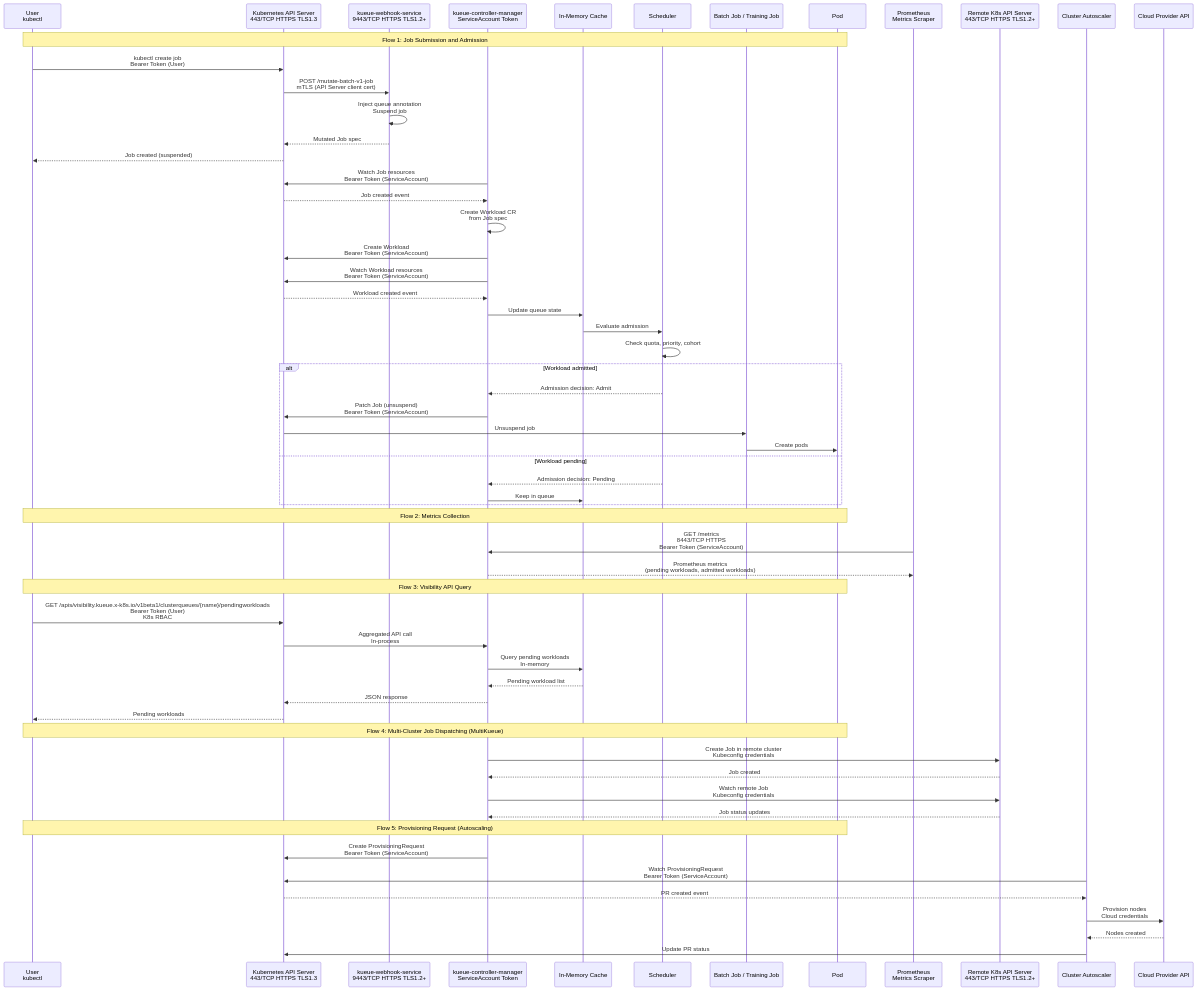
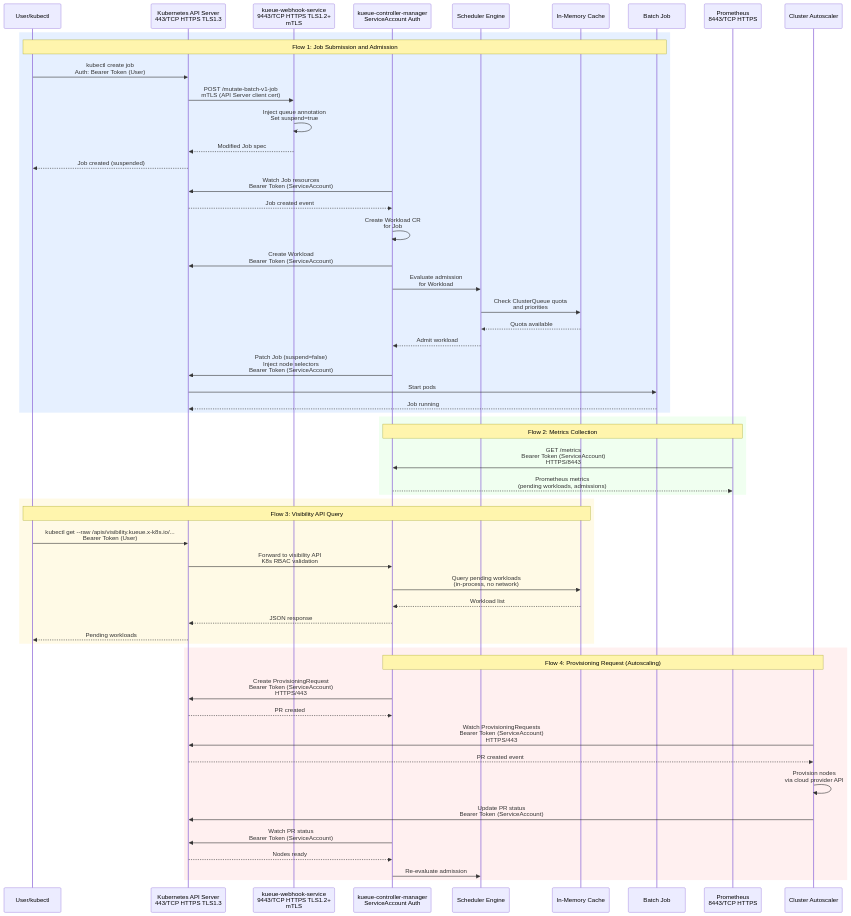
The diagram in architecture/rhoai-2.25.0/diagrams/kueue-dataflow.mmd (rhuss/architecture-context), drawn with Mermaid before and after one commit. The commit also changed 209 other files, not shown here.

```diff
--- a/architecture/rhoai-2.25.0/diagrams/kueue-dataflow.mmd
+++ b/architecture/rhoai-2.25.0/diagrams/kueue-dataflow.mmd
@@ -1,77 +1,66 @@
 sequenceDiagram
-    participant User as User<br/>kubectl
+    participant User as User/kubectl
     participant K8sAPI as Kubernetes API Server<br/>443/TCP HTTPS TLS1.3
-    participant Webhook as kueue-webhook-service<br/>9443/TCP HTTPS TLS1.2+
-    participant Controller as kueue-controller-manager<br/>ServiceAccount Token
+    participant Webhook as kueue-webhook-service<br/>9443/TCP HTTPS TLS1.2+<br/>mTLS
+    participant Controller as kueue-controller-manager<br/>ServiceAccount Auth
+    participant Scheduler as Scheduler Engine
     participant Cache as In-Memory Cache
-    participant Scheduler as Scheduler
-    participant Job as Batch Job / Training Job
-    participant Pod as Pod
+    participant Job as Batch Job
+    participant Prom as Prometheus<br/>8443/TCP HTTPS
+    participant Autoscaler as Cluster Autoscaler
 
-    Note over User,Pod: Flow 1: Job Submission and Admission
+    %% Flow 1: Job Submission and Admission
+    rect rgb(230, 240, 255)
+        Note over User,Job: Flow 1: Job Submission and Admission
+        User->>K8sAPI: kubectl create job<br/>Auth: Bearer Token (User)
+        K8sAPI->>Webhook: POST /mutate-batch-v1-job<br/>mTLS (API Server client cert)
+        Webhook->>Webhook: Inject queue annotation<br/>Set suspend=true
+        Webhook-->>K8sAPI: Modified Job spec
+        K8sAPI-->>User: Job created (suspended)
 
-    User->>K8sAPI: kubectl create job<br/>Bearer Token (User)
-    K8sAPI->>Webhook: POST /mutate-batch-v1-job<br/>mTLS (API Server client cert)
-    Webhook->>Webhook: Inject queue annotation<br/>Suspend job
-    Webhook-->>K8sAPI: Mutated Job spec
-    K8sAPI-->>User: Job created (suspended)
+        Controller->>K8sAPI: Watch Job resources<br/>Bearer Token (ServiceAccount)
+        K8sAPI-->>Controller: Job created event
+        Controller->>Controller: Create Workload CR<br/>for Job
+        Controller->>K8sAPI: Create Workload<br/>Bearer Token (ServiceAccount)
 
-    Controller->>K8sAPI: Watch Job resources<br/>Bearer Token (ServiceAccount)
-    K8sAPI-->>Controller: Job created event
+        Controller->>Scheduler: Evaluate admission<br/>for Workload
+        Scheduler->>Cache: Check ClusterQueue quota<br/>and priorities
+        Cache-->>Scheduler: Quota available
+        Scheduler-->>Controller: Admit workload
 
-    Controller->>Controller: Create Workload CR<br/>from Job spec
-    Controller->>K8sAPI: Create Workload<br/>Bearer Token (ServiceAccount)
-
-    Controller->>K8sAPI: Watch Workload resources<br/>Bearer Token (ServiceAccount)
-    K8sAPI-->>Controller: Workload created event
-
-    Controller->>Cache: Update queue state
-    Cache->>Scheduler: Evaluate admission
-    Scheduler->>Scheduler: Check quota, priority, cohort
-
-    alt Workload admitted
-        Scheduler-->>Controller: Admission decision: Admit
-        Controller->>K8sAPI: Patch Job (unsuspend)<br/>Bearer Token (ServiceAccount)
-        K8sAPI->>Job: Unsuspend job
-        Job->>Pod: Create pods
-    else Workload pending
-        Scheduler-->>Controller: Admission decision: Pending
-        Controller->>Cache: Keep in queue
+        Controller->>K8sAPI: Patch Job (suspend=false)<br/>Inject node selectors<br/>Bearer Token (ServiceAccount)
+        K8sAPI->>Job: Start pods
+        Job-->>K8sAPI: Job running
     end
 
-    Note over User,Pod: Flow 2: Metrics Collection
+    %% Flow 2: Metrics Collection
+    rect rgb(240, 255, 240)
+        Note over Prom,Controller: Flow 2: Metrics Collection
+        Prom->>Controller: GET /metrics<br/>Bearer Token (ServiceAccount)<br/>HTTPS/8443
+        Controller-->>Prom: Prometheus metrics<br/>(pending workloads, admissions)
+    end
 
-    participant Prometheus as Prometheus<br/>Metrics Scraper
+    %% Flow 3: Visibility API Query
+    rect rgb(255, 250, 230)
+        Note over User,Cache: Flow 3: Visibility API Query
+        User->>K8sAPI: kubectl get --raw /apis/visibility.kueue.x-k8s.io/...<br/>Bearer Token (User)
+        K8sAPI->>Controller: Forward to visibility API<br/>K8s RBAC validation
+        Controller->>Cache: Query pending workloads<br/>(in-process, no network)
+        Cache-->>Controller: Workload list
+        Controller-->>K8sAPI: JSON response
+        K8sAPI-->>User: Pending workloads
+    end
 
-    Prometheus->>Controller: GET /metrics<br/>8443/TCP HTTPS<br/>Bearer Token (ServiceAccount)
-    Controller-->>Prometheus: Prometheus metrics<br/>(pending workloads, admitted workloads)
-
-    Note over User,Pod: Flow 3: Visibility API Query
-
-    User->>K8sAPI: GET /apis/visibility.kueue.x-k8s.io/v1beta1/clusterqueues/{name}/pendingworkloads<br/>Bearer Token (User)<br/>K8s RBAC
-    K8sAPI->>Controller: Aggregated API call<br/>In-process
-    Controller->>Cache: Query pending workloads<br/>In-memory
-    Cache-->>Controller: Pending workload list
-    Controller-->>K8sAPI: JSON response
-    K8sAPI-->>User: Pending workloads
-
-    Note over User,Pod: Flow 4: Multi-Cluster Job Dispatching (MultiKueue)
-
-    participant RemoteK8s as Remote K8s API Server<br/>443/TCP HTTPS TLS1.2+
-
-    Controller->>RemoteK8s: Create Job in remote cluster<br/>Kubeconfig credentials
-    RemoteK8s-->>Controller: Job created
-    Controller->>RemoteK8s: Watch remote Job<br/>Kubeconfig credentials
-    RemoteK8s-->>Controller: Job status updates
-
-    Note over User,Pod: Flow 5: Provisioning Request (Autoscaling)
-
-    participant ClusterAutoscaler as Cluster Autoscaler
-    participant CloudProvider as Cloud Provider API
-
-    Controller->>K8sAPI: Create ProvisioningRequest<br/>Bearer Token (ServiceAccount)
-    ClusterAutoscaler->>K8sAPI: Watch ProvisioningRequest<br/>Bearer Token (ServiceAccount)
-    K8sAPI-->>ClusterAutoscaler: PR created event
-    ClusterAutoscaler->>CloudProvider: Provision nodes<br/>Cloud credentials
-    CloudProvider-->>ClusterAutoscaler: Nodes created
-    ClusterAutoscaler->>K8sAPI: Update PR status
+    %% Flow 4: Provisioning Request (Autoscaling)
+    rect rgb(255, 240, 240)
+        Note over Controller,Autoscaler: Flow 4: Provisioning Request (Autoscaling)
+        Controller->>K8sAPI: Create ProvisioningRequest<br/>Bearer Token (ServiceAccount)<br/>HTTPS/443
+        K8sAPI-->>Controller: PR created
+        Autoscaler->>K8sAPI: Watch ProvisioningRequests<br/>Bearer Token (ServiceAccount)<br/>HTTPS/443
+        K8sAPI-->>Autoscaler: PR created event
+        Autoscaler->>Autoscaler: Provision nodes<br/>via cloud provider API
+        Autoscaler->>K8sAPI: Update PR status<br/>Bearer Token (ServiceAccount)
+        Controller->>K8sAPI: Watch PR status<br/>Bearer Token (ServiceAccount)
+        K8sAPI-->>Controller: Nodes ready
+        Controller->>Scheduler: Re-evaluate admission
+    end
```
